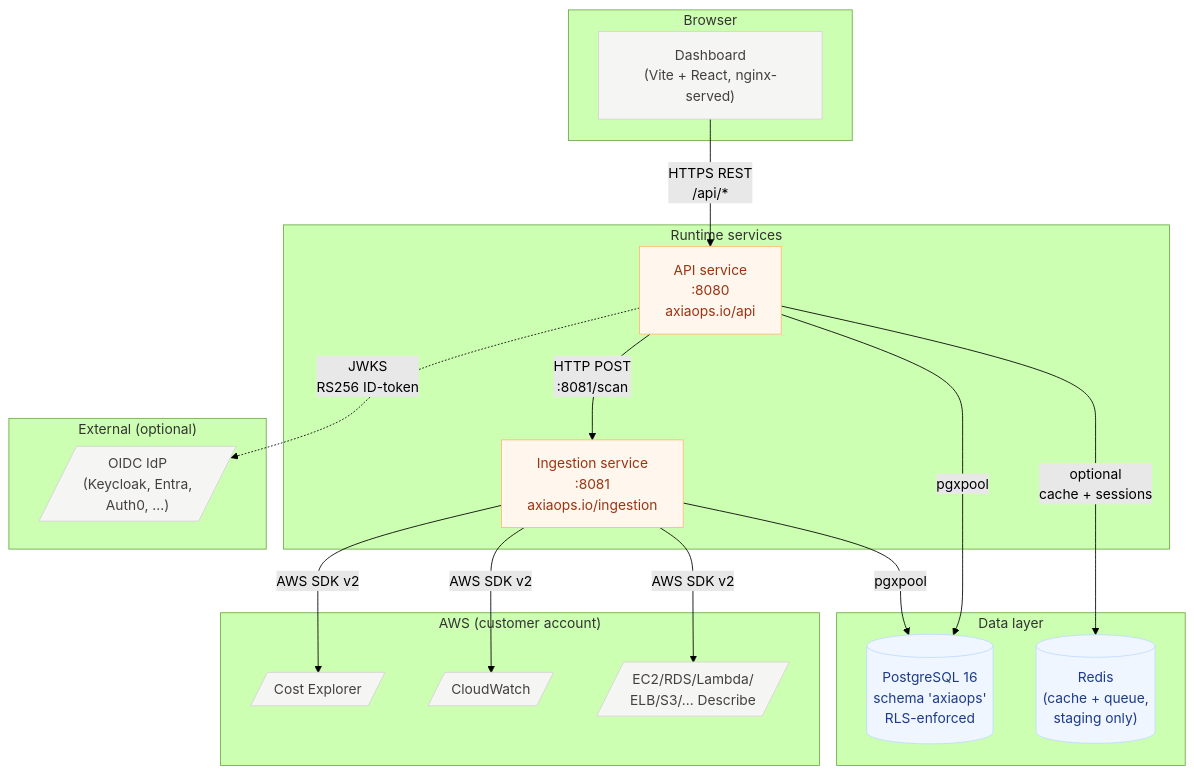
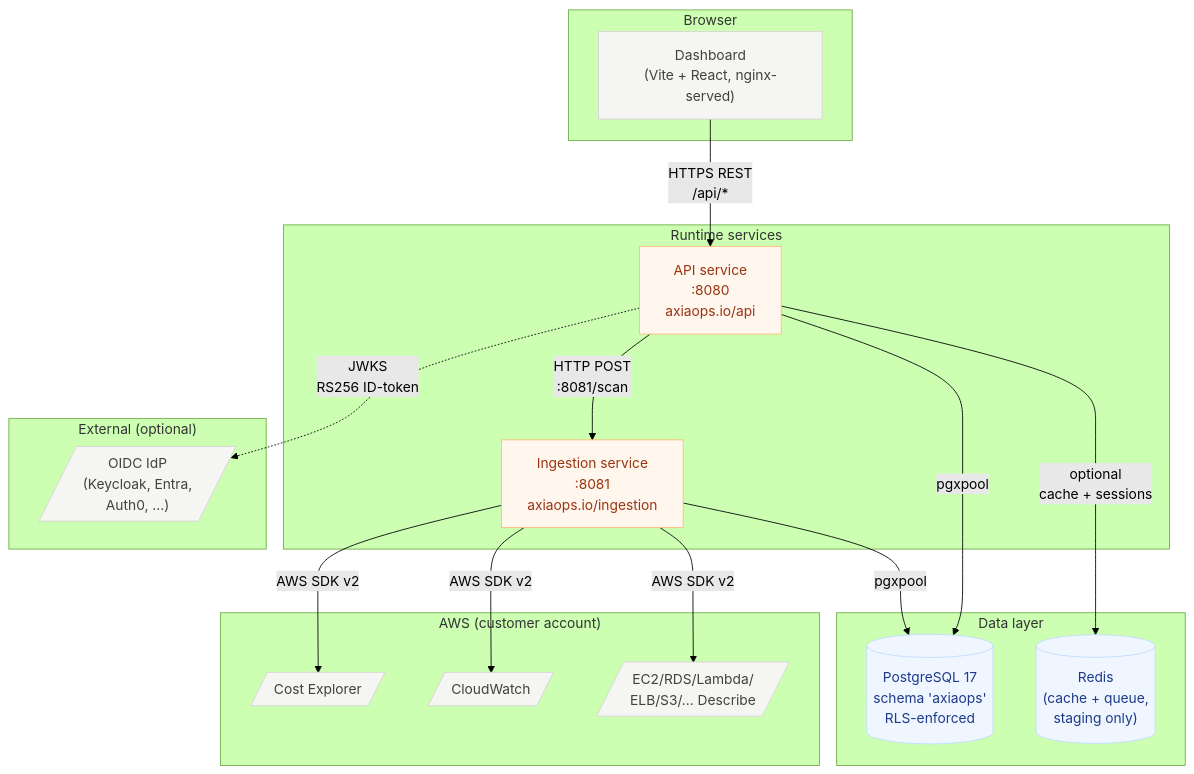
The first of 8 diagrams in docs/ARCHITECTURE.md (ahmd-soliman/axiaops), drawn with Mermaid (forest theme) before and after one commit. The commit also changed other lines of this file and 9 other files, not shown here.

````diff
--- a/docs/ARCHITECTURE.md
+++ b/docs/ARCHITECTURE.md
@@ -22,43 +22,43 @@
 ```mermaid
 flowchart TB
     subgraph browser["Browser"]
         dash["Dashboard<br/>(Vite + React, nginx-served)"]
     end
 
     subgraph runtime["Runtime services"]
         api["API service<br/>:8080<br/>axiaops.io/api"]
         ing["Ingestion service<br/>:8081<br/>axiaops.io/ingestion"]
     end
 
     subgraph data["Data layer"]
-        pg[("PostgreSQL 16<br/>schema 'axiaops'<br/>RLS-enforced")]
+        pg[("PostgreSQL 17<br/>schema 'axiaops'<br/>RLS-enforced")]
         redis[("Redis<br/>(cache + queue,<br/>staging only)")]
     end
 
     subgraph cloud["AWS (customer account)"]
         ce[/"Cost Explorer"/]
         cw[/"CloudWatch"/]
         describe[/"EC2/RDS/Lambda/<br/>ELB/S3/... Describe"/]
     end
 
     subgraph idp["External (optional)"]
         oidc[/"OIDC IdP<br/>(Keycloak, Entra,<br/>Auth0, ...)"/]
     end
 
     dash -->|HTTPS REST<br/>/api/*| api
     api -->|HTTP POST<br/>:8081/scan| ing
     api -->|pgxpool| pg
     ing -->|pgxpool| pg
     api -->|optional<br/>cache + sessions| redis
     ing -->|AWS SDK v2| ce
     ing -->|AWS SDK v2| cw
     ing -->|AWS SDK v2| describe
     api -.->|JWKS<br/>RS256 ID-token| oidc
 
     classDef svc fill:#FFF7ED,stroke:#FDBA74,color:#9A3412
     classDef store fill:#EFF6FF,stroke:#BFDBFE,color:#1E3A8A
     classDef ext fill:#F5F5F4,stroke:#D6D3D1,color:#44403C
     class api,ing svc
     class pg,redis store
     class dash,ce,cw,describe,oidc ext
 ```
````
